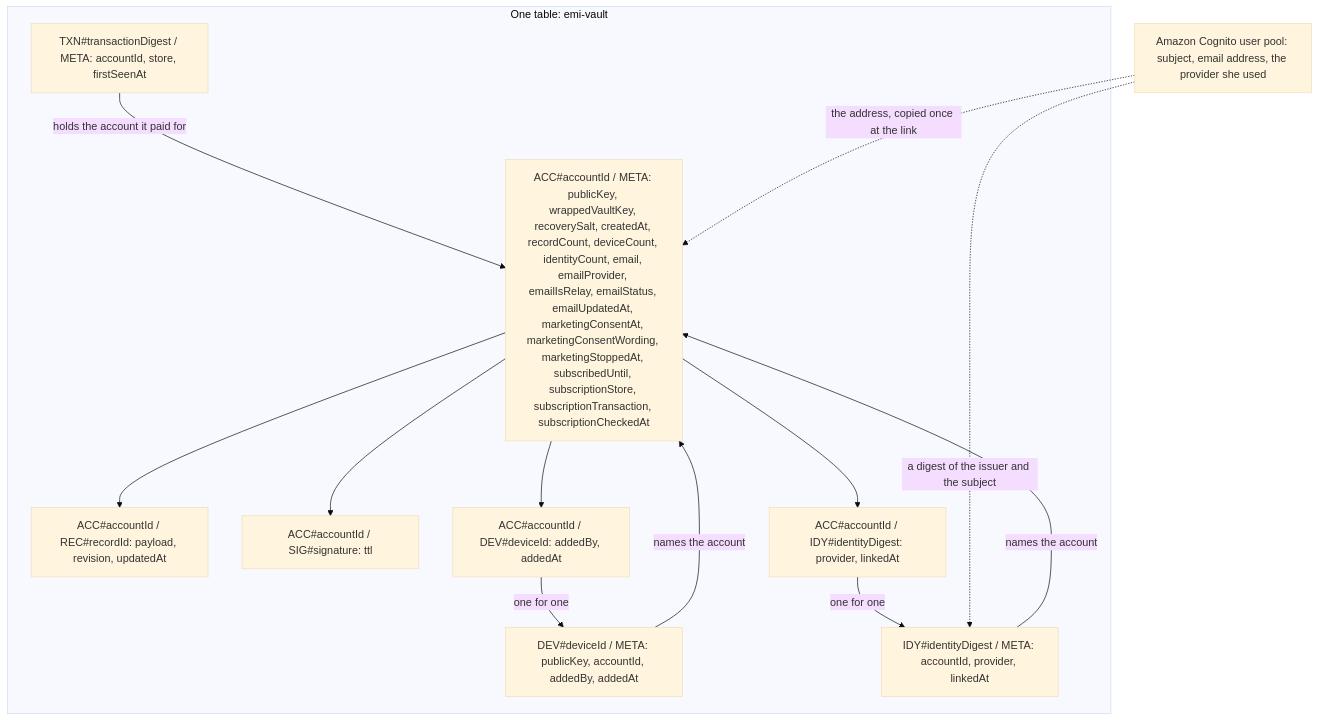
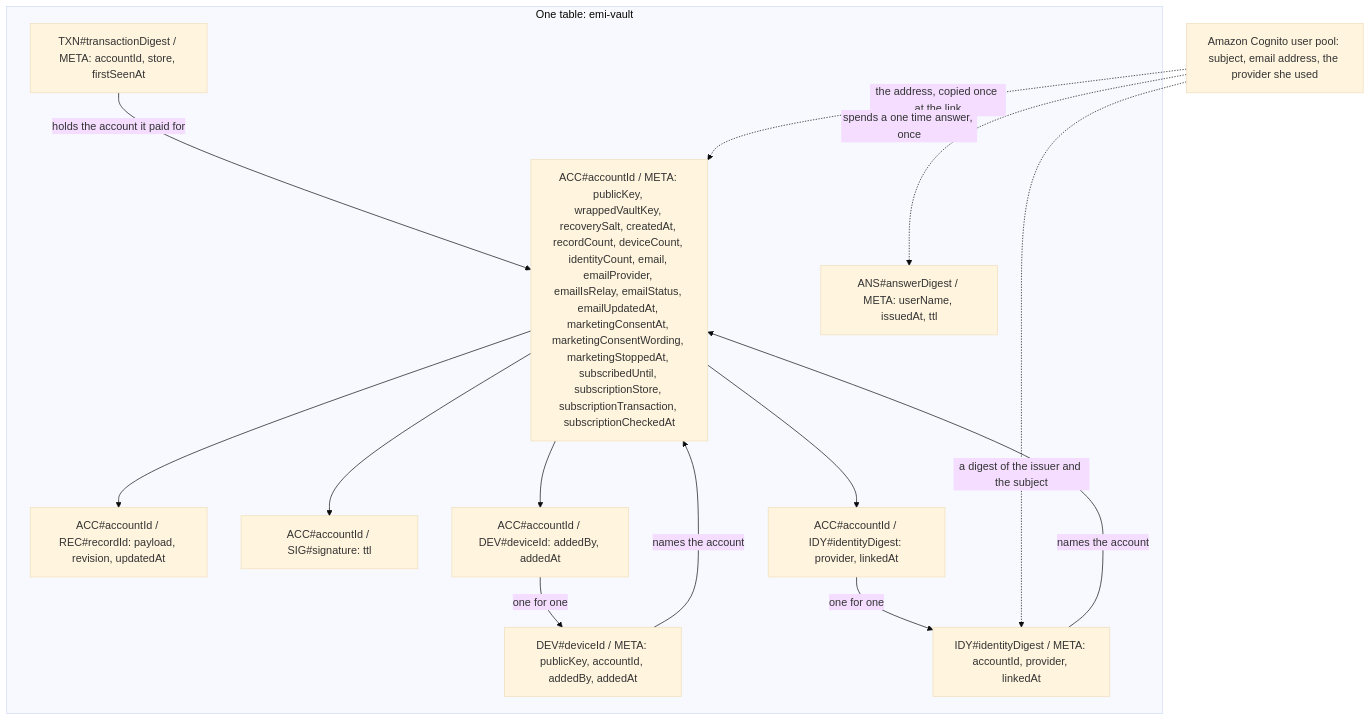
The first of 4 diagrams in docs/design/data-model.md (atlantic-blue/emi), drawn with Mermaid (base theme) before and after one commit. The commit also changed other lines of this file, not shown here.

Commit message:
EMI: docs: name the one time answer item in the data model

````diff
--- a/docs/design/data-model.md
+++ b/docs/design/data-model.md
@@ -29,25 +29,27 @@
 ```mermaid
 flowchart TD
   subgraph Table["One table: emi-vault"]
     ACC["ACC#accountId / META: publicKey, wrappedVaultKey, recoverySalt, createdAt, recordCount, deviceCount, identityCount, email, emailProvider, emailIsRelay, emailStatus, emailUpdatedAt, marketingConsentAt, marketingConsentWording, marketingStoppedAt, subscribedUntil, subscriptionStore, subscriptionTransaction, subscriptionCheckedAt"]
     REC["ACC#accountId / REC#recordId: payload, revision, updatedAt"]
     SIG["ACC#accountId / SIG#signature: ttl"]
     ADEV["ACC#accountId / DEV#deviceId: addedBy, addedAt"]
     AIDY["ACC#accountId / IDY#identityDigest: provider, linkedAt"]
     DEV["DEV#deviceId / META: publicKey, accountId, addedBy, addedAt"]
     IDY["IDY#identityDigest / META: accountId, provider, linkedAt"]
     TXN["TXN#transactionDigest / META: accountId, store, firstSeenAt"]
+    ANS["ANS#answerDigest / META: userName, issuedAt, ttl"]
   end
   POOL["Amazon Cognito user pool: subject, email address, the provider she used"]
   ACC --> REC
   ACC --> SIG
   ACC --> ADEV
   ACC --> AIDY
   DEV -->|"names the account"| ACC
   IDY -->|"names the account"| ACC
   TXN -->|"holds the account it paid for"| ACC
   ADEV -->|"one for one"| DEV
   AIDY -->|"one for one"| IDY
   POOL -.->|"a digest of the issuer and the subject"| IDY
   POOL -.->|"the address, copied once at the link"| ACC
+  POOL -.->|"spends a one time answer, once"| ANS
 ```
````
